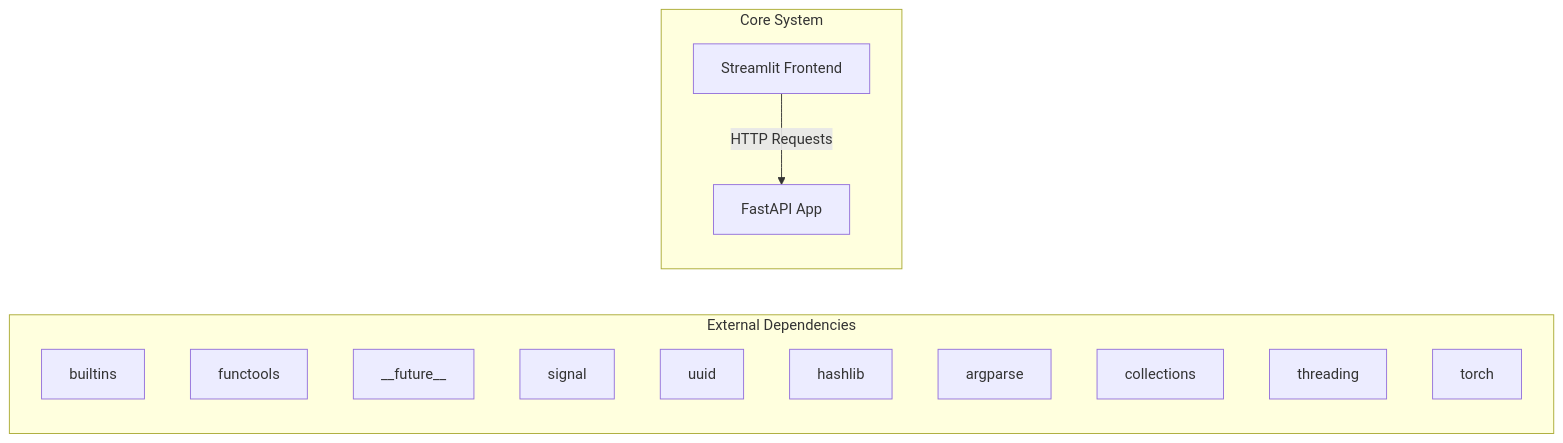
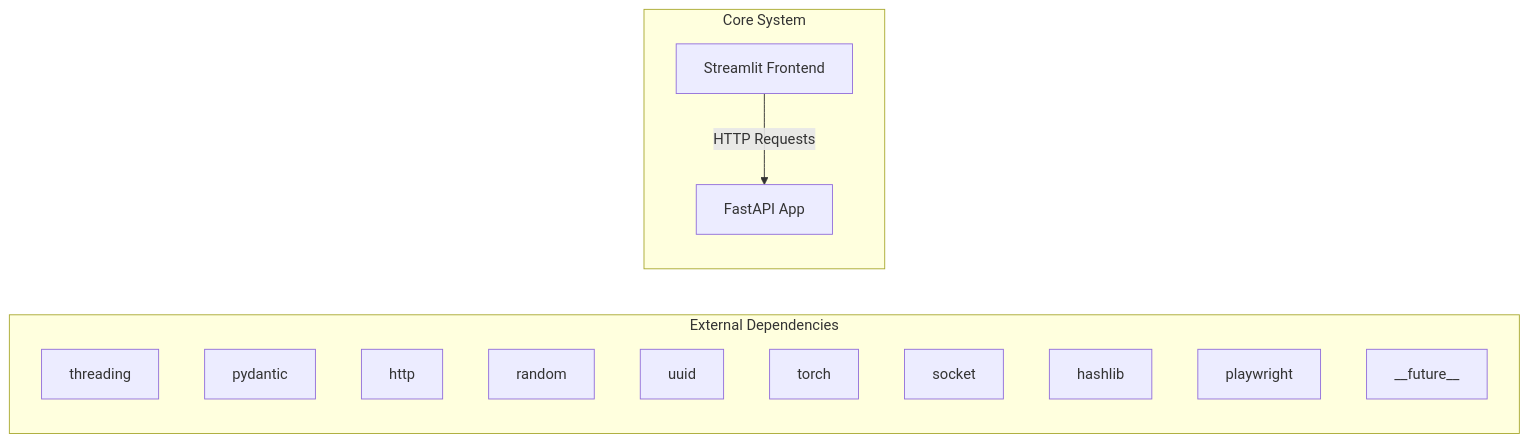
One commit to NITISH-R-G/rag-context-optimizer changed the first of 2 diagrams in docs/architecture.md. Above: the diagram before and after it, drawn with Mermaid. The commit also changed 1 other file, not shown here.

Commit message:
docs: auto-update repository knowledge, architecture diagrams, and documentation

````diff
--- a/docs/architecture.md
+++ b/docs/architecture.md
@@ -7,20 +7,20 @@
 ```mermaid
 graph LR
     subgraph External Dependencies
-        E0["builtins"]
-        E1["functools"]
-        E2["__future__"]
-        E3["signal"]
+        E0["threading"]
+        E1["pydantic"]
+        E2["http"]
+        E3["random"]
         E4["uuid"]
-        E5["hashlib"]
-        E6["argparse"]
-        E7["collections"]
-        E8["threading"]
-        E9["torch"]
+        E5["torch"]
+        E6["socket"]
+        E7["hashlib"]
+        E8["playwright"]
+        E9["__future__"]
     end
     subgraph Core System
         API["FastAPI App"]
         UI["Streamlit Frontend"]
     end
     UI -->|HTTP Requests| API
 ```
````
